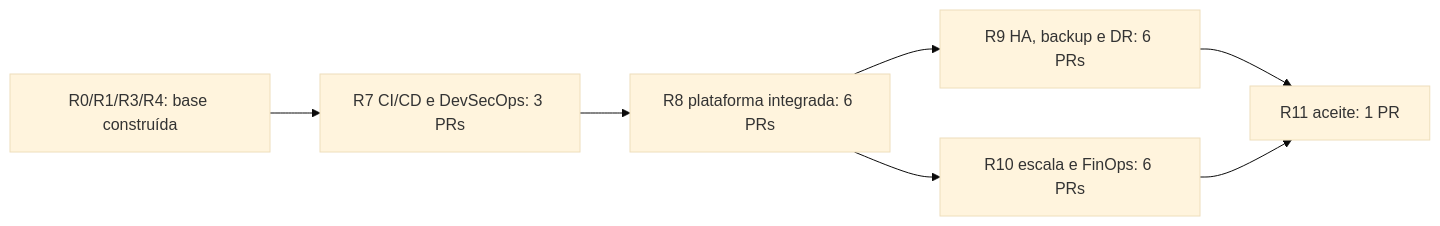
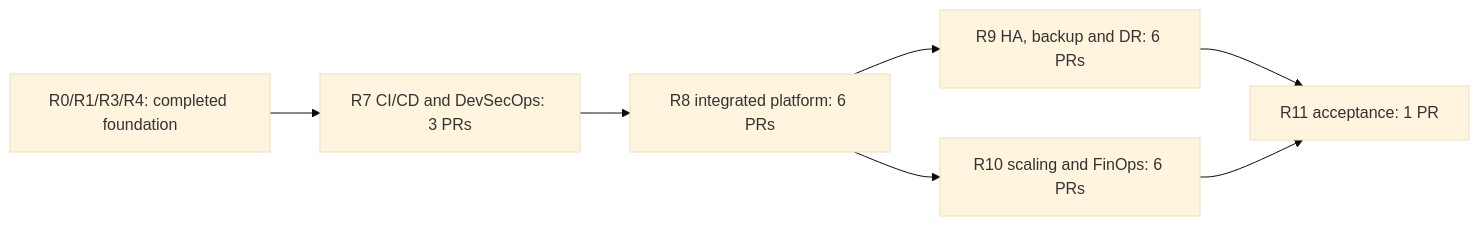
Before and after one commit to maringelix/tx00v2: the diagram in ROADMAP.md, drawn with Mermaid (base theme). The commit also changed other lines of this file and 26 other files, not shown here.

````diff
--- a/ROADMAP.md
+++ b/ROADMAP.md
@@ -184,9 +183,9 @@
 ```mermaid
 flowchart LR
-  BASE["R0/R1/R3/R4: base construída"] --> R7["R7 CI/CD e DevSecOps: 3 PRs"]
-  R7 --> R8["R8 plataforma integrada: 6 PRs"]
-  R8 --> R9["R9 HA, backup e DR: 6 PRs"]
-  R8 --> R10["R10 escala e FinOps: 6 PRs"]
-  R9 --> R11["R11 aceite: 1 PR"]
+  BASE["R0/R1/R3/R4: completed foundation"] --> R7["R7 CI/CD and DevSecOps: 3 PRs"]
+  R7 --> R8["R8 integrated platform: 6 PRs"]
+  R8 --> R9["R9 HA, backup and DR: 6 PRs"]
+  R8 --> R10["R10 scaling and FinOps: 6 PRs"]
+  R9 --> R11["R11 acceptance: 1 PR"]
   R10 --> R11
 ```
````
